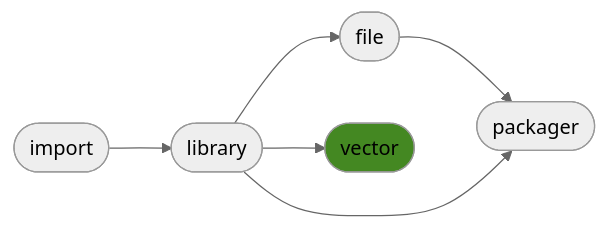
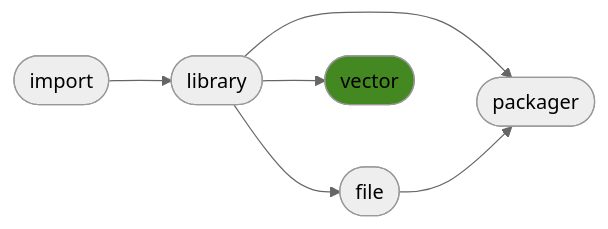
One commit to ManderaGeneral/generalvector changed the diagram in README.md. Above: the diagram before and after it, drawn with Mermaid (neutral theme). The commit also changed other lines of this file, not shown here.

````diff
--- a/README.md
+++ b/README.md
@@ -16,14 +16,14 @@
 ```mermaid
 flowchart LR
+1([library]) --> 4([packager])
+1([library]) --> 3([vector])
 2([file]) --> 4([packager])
-1([library]) --> 3([vector])
+0([import]) --> 1([library])
 1([library]) --> 2([file])
-1([library]) --> 4([packager])
-0([import]) --> 1([library])
 click 0 "https://github.com/ManderaGeneral/generalimport"
 click 1 "https://github.com/ManderaGeneral/generallibrary"
 click 2 "https://github.com/ManderaGeneral/generalfile"
 click 3 "https://github.com/ManderaGeneral/generalvector"
 click 4 "https://github.com/ManderaGeneral/generalpackager"
 style 3 fill:#482
 ```
````
